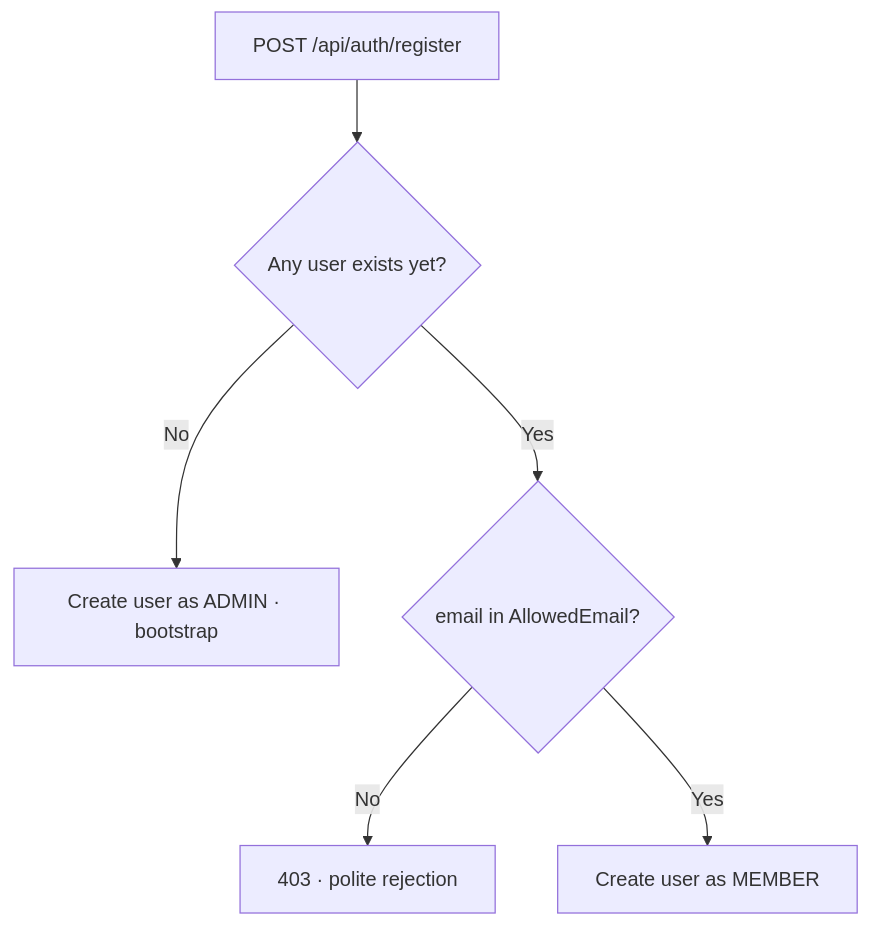
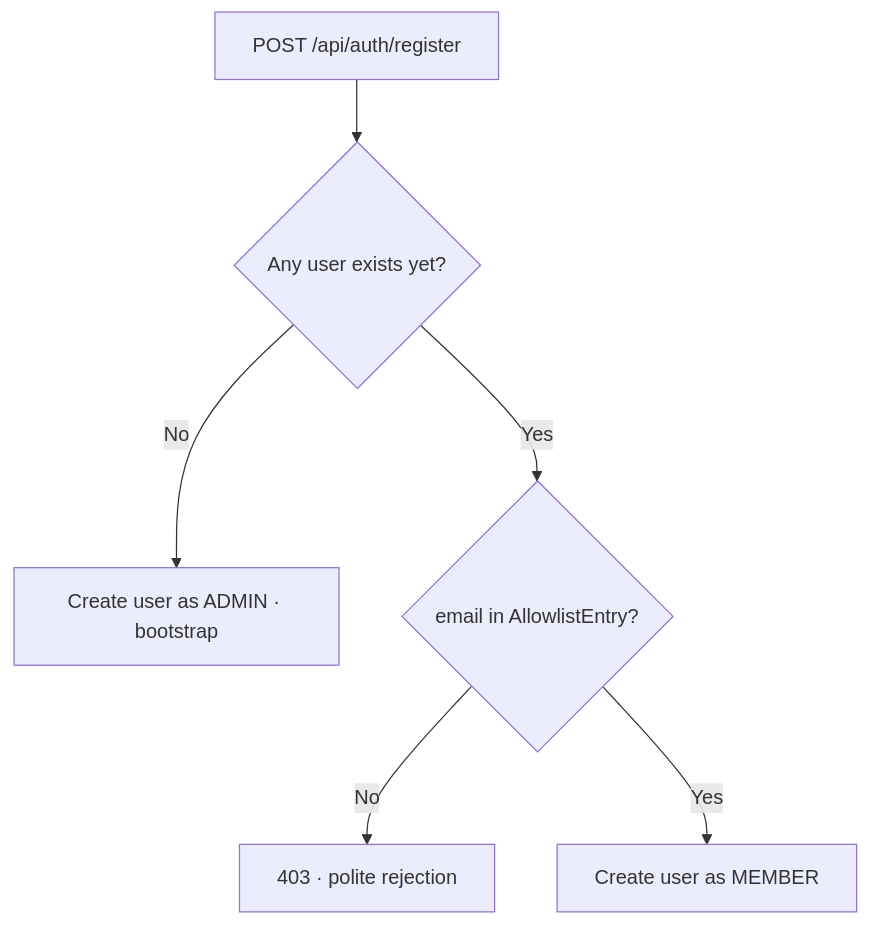
Before and after one commit to OuApps/Keepou: the third of 4 diagrams in docs/ARCHITECTURE.md, drawn with Mermaid. The commit also changed other lines of this file and 1 other file, not shown here.

First line of the commit message:
docs: reconcile PRD & ARCHITECTURE with the decoupled stack and design

````diff
--- a/docs/ARCHITECTURE.md
+++ b/docs/ARCHITECTURE.md
@@ -145,8 +149,8 @@
 ```mermaid
 flowchart TD
     S[POST /api/auth/register] --> Z{Any user exists yet?}
     Z -- No --> ADM[Create user as ADMIN · bootstrap]
-    Z -- Yes --> AL{email in AllowedEmail?}
+    Z -- Yes --> AL{email in AllowlistEntry?}
     AL -- No --> REJ[403 · polite rejection]
     AL -- Yes --> USR[Create user as MEMBER]
 ```
````
